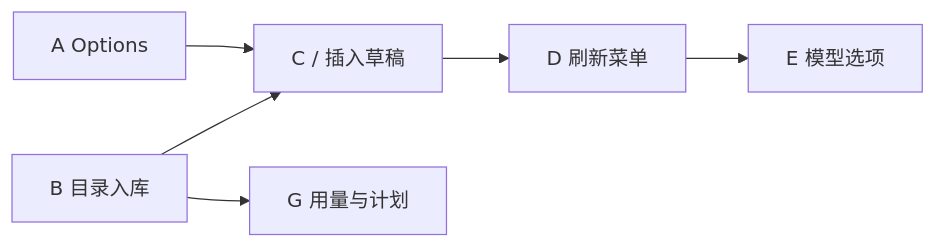
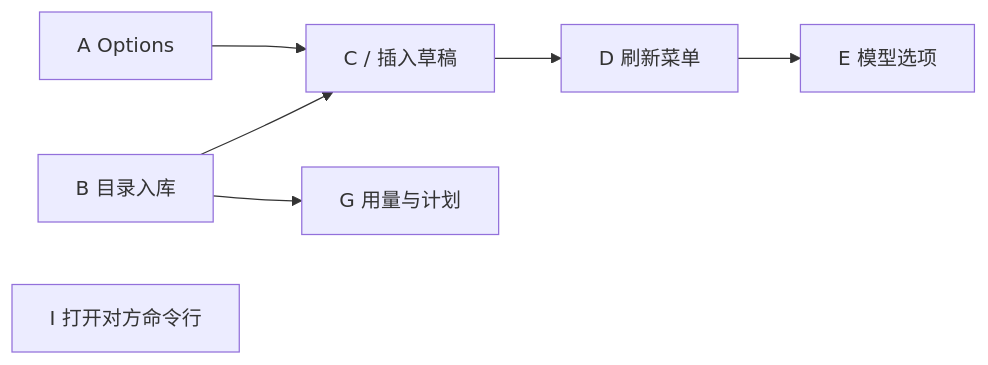
The diagram in docs/proposals/chat-host-depth.md (nicechencs/AgentHub), drawn with Mermaid before and after one commit. The commit also changed other lines of this file and 6 other files, not shown here.

````diff
--- a/docs/proposals/chat-host-depth.md
+++ b/docs/proposals/chat-host-depth.md
@@ -158,14 +158,15 @@
 ```mermaid
 flowchart LR
   A[A Options]
   B[B 目录入库]
   C["C / 插入草稿"]
   D[D 刷新菜单]
   E[E 模型选项]
   G[G 用量与计划]
   A --> C
   B --> C
   C --> D
   D --> E
   B --> G
+  I[I 打开对方命令行]
 ```
````
